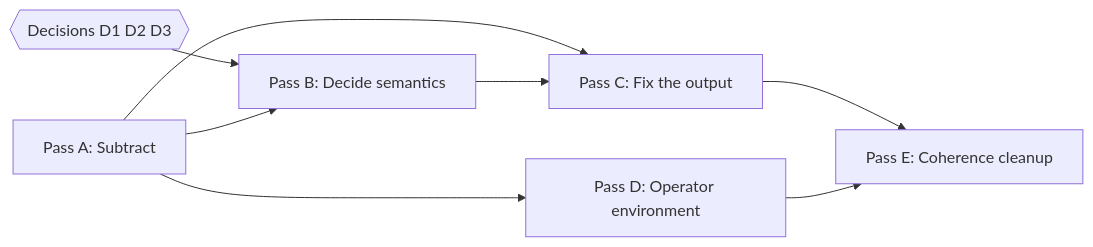
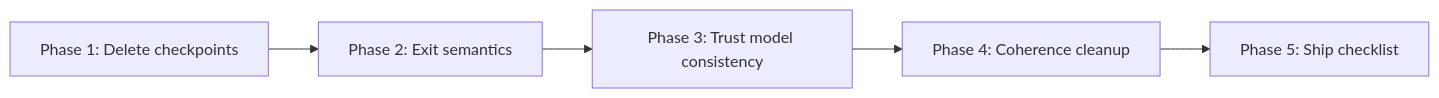
Before and after one commit to Krasen007/HardwareAuditToolkit: the diagram in lode/plans/roadmap.md, drawn with Mermaid. The commit also changed other lines of this file and 15 other files, not shown here.

````diff
--- a/lode/plans/roadmap.md
+++ b/lode/plans/roadmap.md
@@ -10,10 +15,7 @@
 ```mermaid
 graph LR
-    A[Pass A: Subtract] --> C[Pass C: Fix the output]
-    A --> D[Pass D: Operator environment]
-    B0{{Decisions D1 D2 D3}} --> B[Pass B: Decide semantics]
-    A --> B
-    B --> C
-    C --> E[Pass E: Coherence cleanup]
-    D --> E
+    P1[Phase 1: Delete checkpoints] --> P2[Phase 2: Exit semantics]
+    P2 --> P3[Phase 3: Trust model consistency]
+    P3 --> P4[Phase 4: Coherence cleanup]
+    P4 --> P5[Phase 5: Ship checklist]
 ```
````
